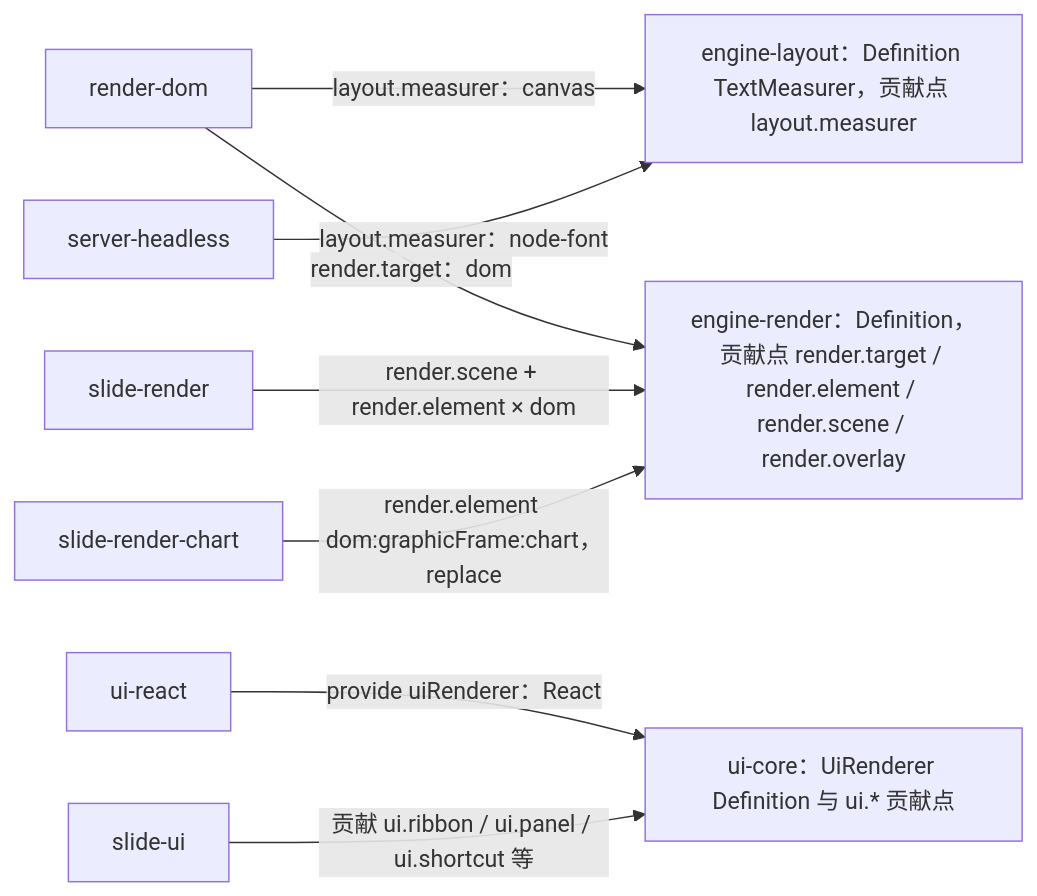
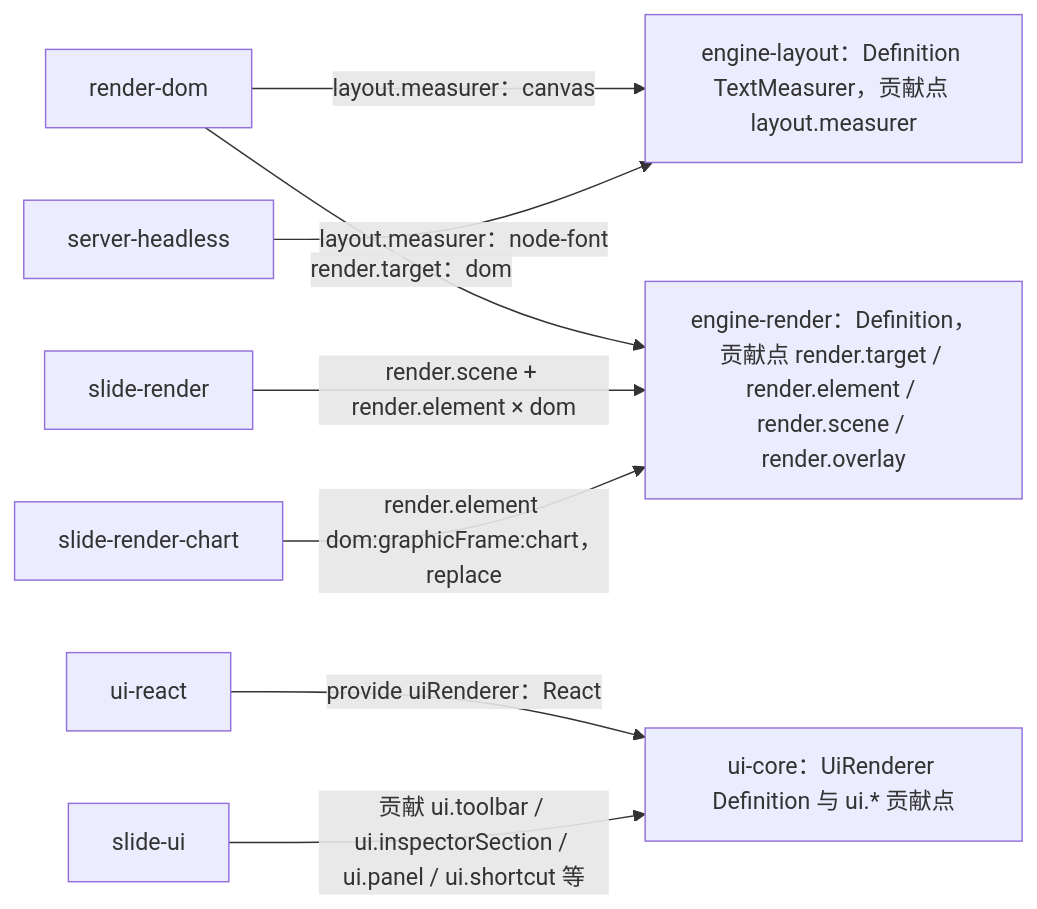
The seventh of 7 diagrams in docs/30-architecture/02-layering-and-packages.md (Xeonice/cordis-ppt-editor), drawn with Mermaid before and after one commit. The commit also changed other lines of this file and 43 other files, not shown here.

````diff
--- a/docs/30-architecture/02-layering-and-packages.md
+++ b/docs/30-architecture/02-layering-and-packages.md
@@ -527,19 +527,19 @@
 ```mermaid
 flowchart LR
   engineLayout["engine-layout：Definition TextMeasurer，贡献点 layout.measurer"]
   engineRender["engine-render：Definition，贡献点 render.target / render.element / render.scene / render.overlay"]
   uiCore["ui-core：UiRenderer Definition 与 ui.* 贡献点"]
   renderDom["render-dom"]
   srvHeadless["server-headless"]
   slideRender["slide-render"]
   slideChart["slide-render-chart"]
   uiReact["ui-react"]
   slideUi["slide-ui"]
   renderDom -- "layout.measurer：canvas" --> engineLayout
   srvHeadless -- "layout.measurer：node-font" --> engineLayout
   renderDom -- "render.target：dom" --> engineRender
   slideRender -- "render.scene + render.element × dom" --> engineRender
   slideChart -- "render.element dom:graphicFrame:chart，replace" --> engineRender
   uiReact -- "provide uiRenderer：React" --> uiCore
-  slideUi -- "贡献 ui.ribbon / ui.panel / ui.shortcut 等" --> uiCore
+  slideUi -- "贡献 ui.toolbar / ui.inspectorSection / ui.panel / ui.shortcut 等" --> uiCore
 ```
````
